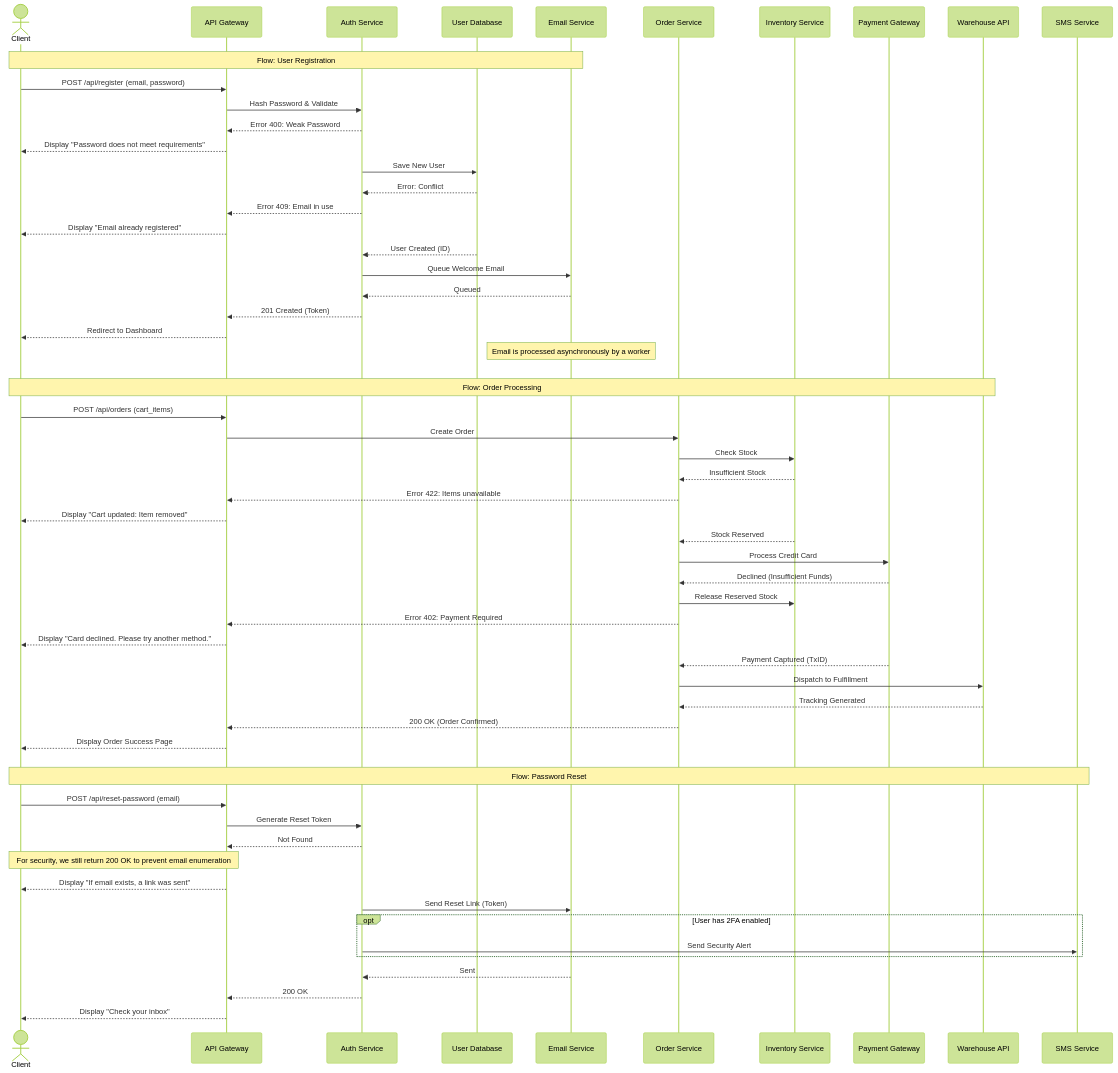
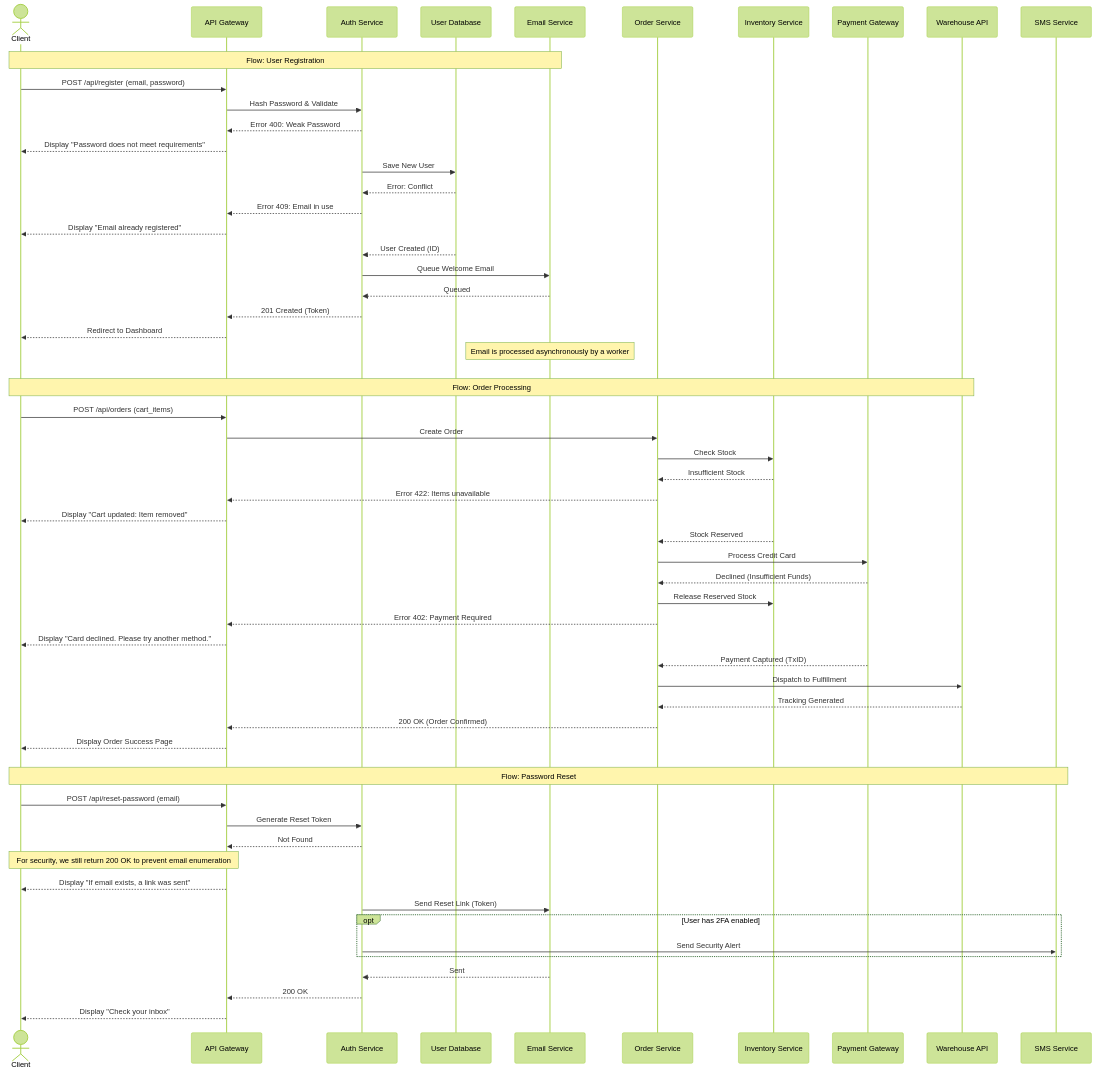
One commit to stanimirovv/foliant changed the diagram in diagrams/complex.mmd. Above: the diagram before and after it, drawn with Mermaid (forest theme). The commit also changed other lines of this file and 2 other files, not shown here.

```diff
--- a/diagrams/complex.mmd
+++ b/diagrams/complex.mmd
@@ -1,112 +1,112 @@
 %% VIEWS: {"version":1,"views":[{"name":"Happy Paths Only","hiddenPaths":["flow=user-registration/edge-case=weak-password","flow=user-registration/edge-case=duplicate-email","flow=order-processing/edge-case=out-of-stock","flow=order-processing/edge-case=payment-failed","flow=password-reset/edge-case=unregistered-email","flow=user-registration/note","flow=password-reset/edge-case=unregistered-email/note"]},{"name":"Order Processing Focus","hiddenPaths":["flow=user-registration","flow=password-reset"]}]}
 sequenceDiagram
     %% Core Participants (always visible)
     actor C as Client
     participant GW as API Gateway
 
     %% @region-start: flow=user-registration
     %% Actors specific to user-registration
     participant Auth as Auth Service
     participant DB as User Database
-    participant ES as Email Service
 
     rect rgb(255, 255, 255)
         Note over C, ES: Flow: User Registration
         
         C->>GW: POST /api/register (email, password)
         GW->>Auth: Hash Password & Validate
         
         %% @region-start: edge-case=weak-password
         Auth-->>GW: Error 400: Weak Password
         GW-->>C: Display "Password does not meet requirements"
         %% @region-end
         
         Auth->>DB: Save New User
         
         %% @region-start: edge-case=duplicate-email
         DB-->>Auth: Error: Conflict
         Auth-->>GW: Error 409: Email in use
         GW-->>C: Display "Email already registered"
         %% @region-end
         
         DB-->>Auth: User Created (ID)
         Auth->>ES: Queue Welcome Email
         ES-->>Auth: Queued
         Auth-->>GW: 201 Created (Token)
         GW-->>C: Redirect to Dashboard
         
         %% @region-start: note
         Note over ES: Email is processed asynchronously by a worker
         %% @region-end
     end
     %% @region-end
 
     %% @region-start: flow=order-processing
     %% Actors specific to order processing
     participant Order as Order Service
     participant Inv as Inventory Service
     participant Pay as Payment Gateway
     participant Ware as Warehouse API
 
     rect rgb(255, 255, 255)
         Note over C, Ware: Flow: Order Processing
         
         C->>GW: POST /api/orders (cart_items)
         GW->>Order: Create Order
         Order->>Inv: Check Stock
         
         %% @region-start: edge-case=out-of-stock
         Inv-->>Order: Insufficient Stock
         Order-->>GW: Error 422: Items unavailable
         GW-->>C: Display "Cart updated: Item removed"
         %% @region-end
         
         Inv-->>Order: Stock Reserved
         Order->>Pay: Process Credit Card
         
         %% @region-start: edge-case=payment-failed
         Pay-->>Order: Declined (Insufficient Funds)
         Order->>Inv: Release Reserved Stock
         Order-->>GW: Error 402: Payment Required
         GW-->>C: Display "Card declined. Please try another method."
         %% @region-end
         
         Pay-->>Order: Payment Captured (TxID)
         Order->>Ware: Dispatch to Fulfillment
         Ware-->>Order: Tracking Generated
         Order-->>GW: 200 OK (Order Confirmed)
         GW-->>C: Display Order Success Page
     end
     %% @region-end
 
     %% @region-start: flow=password-reset
     %% Re-uses Email Service, introduces new Notification specific actor
     participant Auth as Auth Service
     participant ES as Email Service
+    participant ES as Email Service
     participant SMS as SMS Service
 
     rect rgb(255, 255, 255)
         Note over C, SMS: Flow: Password Reset
         
         C->>GW: POST /api/reset-password (email)
         GW->>Auth: Generate Reset Token
         
         %% @region-start: edge-case=unregistered-email
         Auth-->>GW: Not Found
         %% @region-start: note
         Note over GW, C: For security, we still return 200 OK to prevent email enumeration
         %% @region-end
         GW-->>C: Display "If email exists, a link was sent"
         %% @region-end
         
         Auth->>ES: Send Reset Link (Token)
         
         opt User has 2FA enabled
             Auth->>SMS: Send Security Alert
         end
         
         ES-->>Auth: Sent
         Auth-->>GW: 200 OK
         GW-->>C: Display "Check your inbox"
     end
     %% @region-end
```
